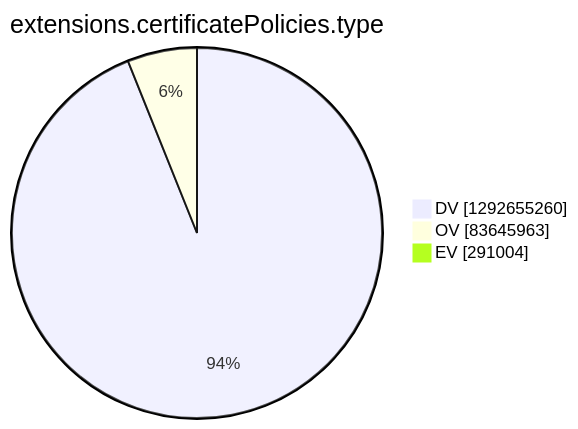
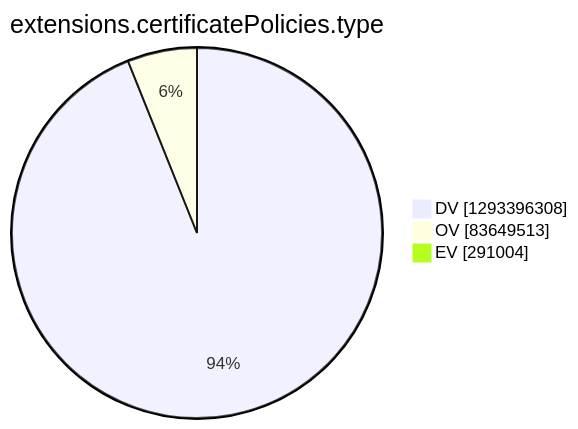
Before and after one commit to christiankrug/ctmonitor_visualization: the tenth of 15 diagrams in argon2022/README.md, drawn with Mermaid. The commit also changed other lines of this file, not shown here.

````diff
--- a/argon2022/README.md
+++ b/argon2022/README.md
@@ -2771,7 +2771,7 @@
 ```mermaid
 pie showData
 title extensions.certificatePolicies.type
-"DV" :1292655260
-"OV" :83645963
+"DV" :1293396308
+"OV" :83649513
 "EV" :291004
 ```
````
